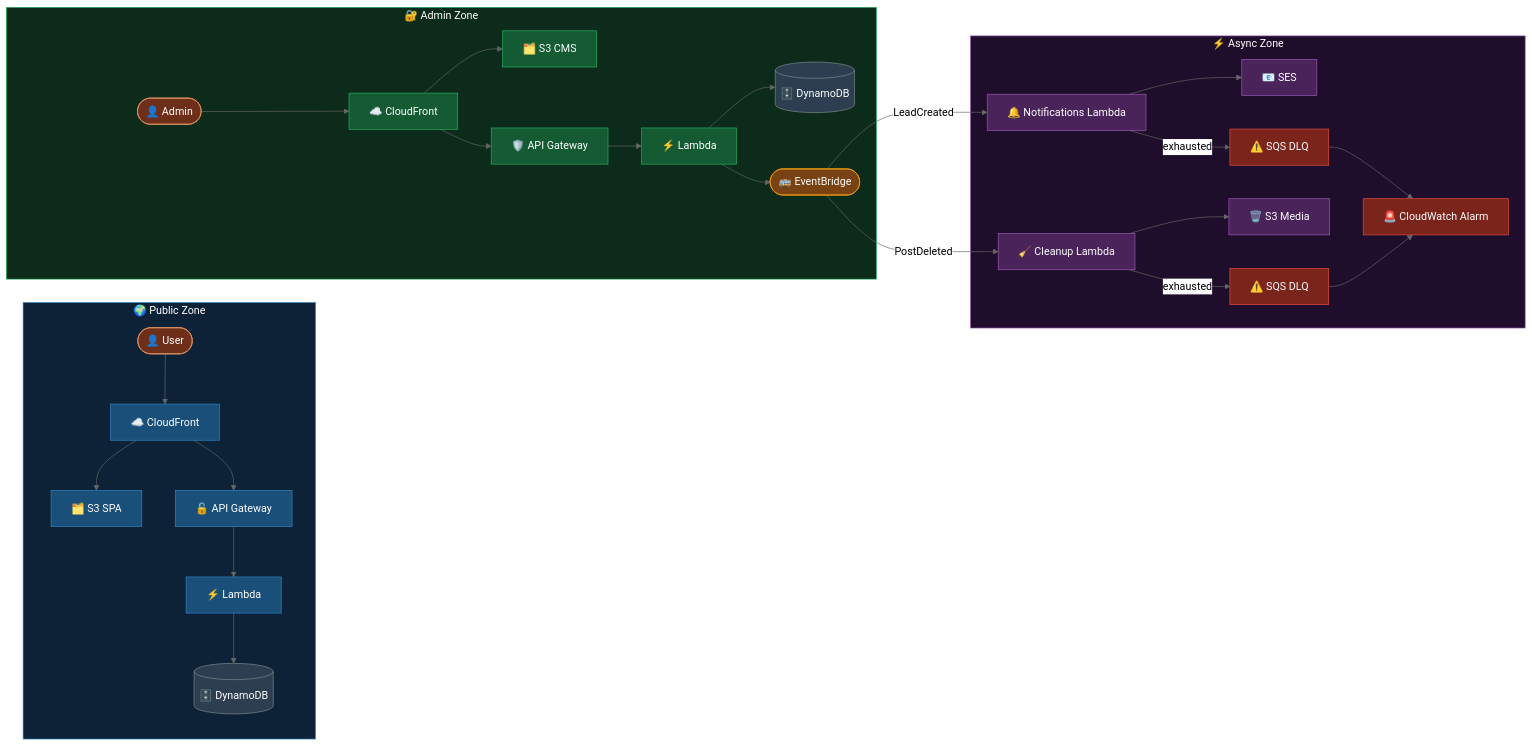
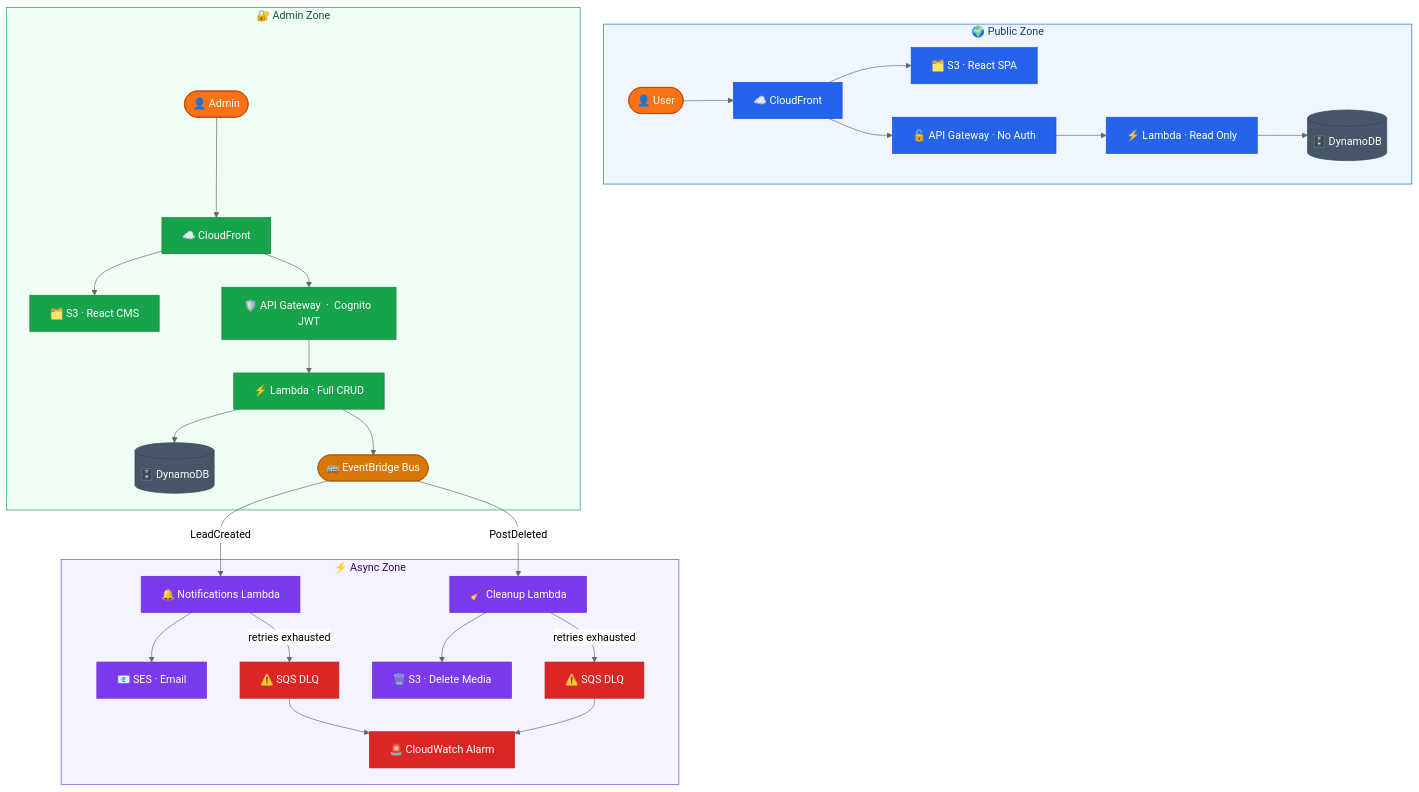
Before and after one commit to shaunniee/AWS_SERVERLESS_BLOG: the first of 7 diagrams in readme.md, drawn with Mermaid (neutral theme).

````diff
--- a/readme.md
+++ b/readme.md
@@ -64,42 +64,42 @@
 ```mermaid
-flowchart LR
-    classDef userStyle fill:#6e2f1a,stroke:#e59866,color:#fff
-    classDef publicStyle fill:#1a4f7a,stroke:#2e86c1,color:#fff
-    classDef adminStyle fill:#145a32,stroke:#27ae60,color:#fff
-    classDef asyncStyle fill:#4a235a,stroke:#9b59b6,color:#fff
-    classDef dbStyle fill:#2c3e50,stroke:#7f8c8d,color:#fff
-    classDef busStyle fill:#784212,stroke:#f39c12,color:#fff
-    classDef alarmStyle fill:#7b241c,stroke:#e74c3c,color:#fff
+flowchart TD
+    classDef userStyle fill:#f97316,stroke:#c2410c,color:#fff
+    classDef publicStyle fill:#2563eb,stroke:#1d4ed8,color:#fff
+    classDef adminStyle fill:#16a34a,stroke:#15803d,color:#fff
+    classDef asyncStyle fill:#7c3aed,stroke:#6d28d9,color:#fff
+    classDef dbStyle fill:#475569,stroke:#334155,color:#fff
+    classDef busStyle fill:#d97706,stroke:#b45309,color:#fff
+    classDef alarmStyle fill:#dc2626,stroke:#b91c1c,color:#fff
 
     subgraph PUBLIC["🌍  Public Zone"]
         PB(["👤 User"]):::userStyle --> PCF["☁️ CloudFront"]:::publicStyle
-        PCF --> PS3["🗂️ S3 SPA"]:::publicStyle
-        PCF --> PAGW["🔓 API Gateway"]:::publicStyle
-        PAGW --> PL["⚡ Lambda"]:::publicStyle
+        PCF --> PS3["🗂️ S3  ·  React SPA"]:::publicStyle
+        PCF --> PAGW["🔓 API Gateway  ·  No Auth"]:::publicStyle
+        PAGW --> PL["⚡ Lambda  ·  Read Only"]:::publicStyle
         PL --> DDB[("🗄️ DynamoDB")]:::dbStyle
     end
 
     subgraph ADMIN["🔐  Admin Zone"]
         AB(["👤 Admin"]):::userStyle --> ACF["☁️ CloudFront"]:::adminStyle
-        ACF --> AS3["🗂️ S3 CMS"]:::adminStyle
-        ACF --> AAGW["🛡️ API Gateway"]:::adminStyle
-        AAGW --> AL["⚡ Lambda"]:::adminStyle
+        ACF --> AS3["🗂️ S3  ·  React CMS"]:::adminStyle
+        ACF --> AAGW["🛡️ API Gateway  ·  Cognito JWT"]:::adminStyle
+        AAGW --> AL["⚡ Lambda  ·  Full CRUD"]:::adminStyle
         AL --> DDB2[("🗄️ DynamoDB")]:::dbStyle
-        AL --> EB(["🚌 EventBridge"]):::busStyle
+        AL --> EB(["🚌 EventBridge Bus"]):::busStyle
     end
 
     subgraph ASYNC["⚡  Async Zone"]
-        NL["🔔 Notifications Lambda"]:::asyncStyle --> SES["📧 SES"]:::asyncStyle
-        CL["🧹 Cleanup Lambda"]:::asyncStyle --> S3M["🗑️ S3 Media"]:::asyncStyle
-        NL -->|exhausted| DLQ1["⚠️ SQS DLQ"]:::alarmStyle
-        CL -->|exhausted| DLQ2["⚠️ SQS DLQ"]:::alarmStyle
+        NL["🔔 Notifications Lambda"]:::asyncStyle --> SES["📧 SES  ·  Email"]:::asyncStyle
+        CL["🧹 Cleanup Lambda"]:::asyncStyle --> S3M["🗑️ S3  ·  Delete Media"]:::asyncStyle
+        NL -->|retries exhausted| DLQ1["⚠️ SQS DLQ"]:::alarmStyle
+        CL -->|retries exhausted| DLQ2["⚠️ SQS DLQ"]:::alarmStyle
         DLQ1 & DLQ2 --> CWA["🚨 CloudWatch Alarm"]:::alarmStyle
     end
 
     EB -->|LeadCreated| NL
     EB -->|PostDeleted| CL
 
-    style PUBLIC fill:#0d2137,stroke:#2e86c1,color:#fff
-    style ADMIN fill:#0d2b1a,stroke:#27ae60,color:#fff
-    style ASYNC fill:#1e0d2b,stroke:#9b59b6,color:#fff
+    style PUBLIC fill:#eff6ff,stroke:#2563eb,color:#1e3a5f
+    style ADMIN fill:#f0fdf4,stroke:#16a34a,color:#14532d
+    style ASYNC fill:#f5f3ff,stroke:#7c3aed,color:#3b0764
 ```
````
